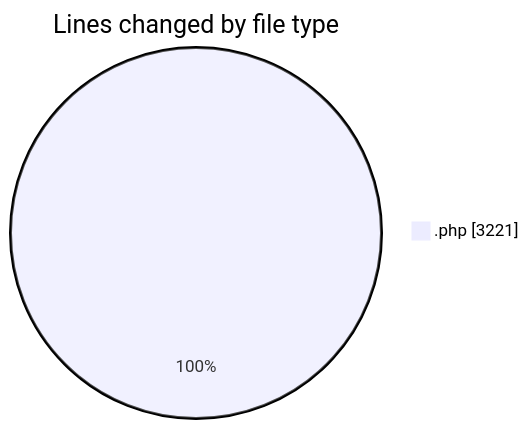
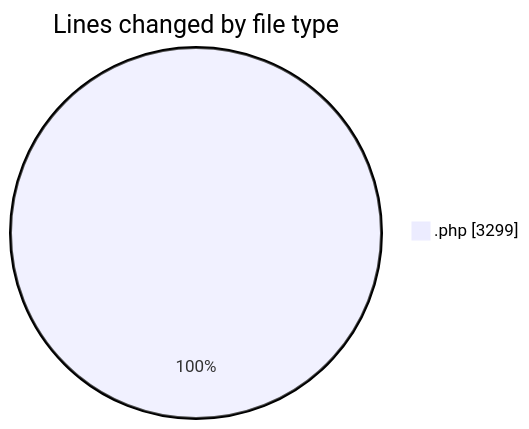
Before and after one commit to debugP/code-tracking: the first of 2 diagrams in 2025-10-03/untitled__workspace_/README.md, drawn with Mermaid. The commit also changed other lines of this file and 1 other file, not shown here.

````diff
--- a/2025-10-03/untitled__workspace_/README.md
+++ b/2025-10-03/untitled__workspace_/README.md
@@ -20,5 +20,5 @@
 ```mermaid
 pie showData
 title Lines changed by file type
-".php" : 3221
+".php" : 3299
 ```
````
